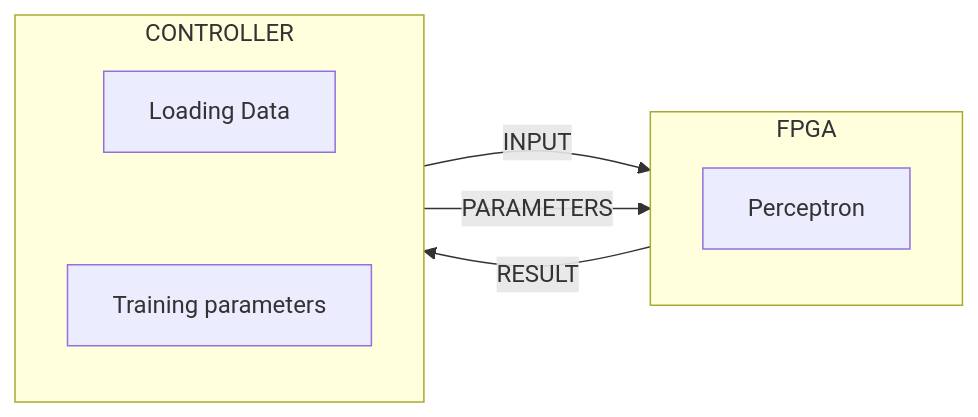
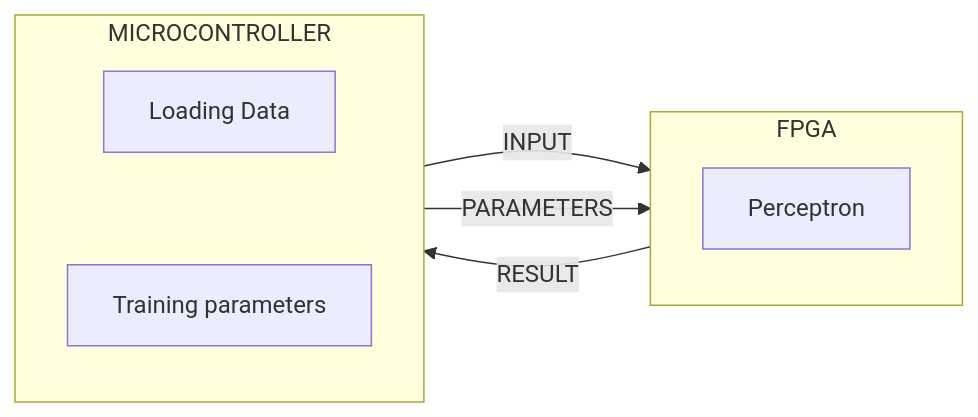
The diagram in README.md (Daniel300v/FPGA-perceptron), drawn with Mermaid before and after one commit. The commit also changed other lines of this file, not shown here.

````diff
--- a/README.md
+++ b/README.md
@@ -12,22 +5,22 @@
 ```mermaid                       
  flowchart LR
 
     
 
     subgraph B["FPGA"]
         direction TB
         B1["Perceptron"]
     end
 
-    subgraph A["CONTROLLER"]
+    subgraph A["MICROCONTROLLER"]
         direction TB
         A1["Loading Data"]
         A2["Training parameters"]
 
         A1 ~~~ A2
     end
 
     A1 -->|"INPUT"| B1
     A1 -->|"PARAMETERS"| B1
     B1 -->|"RESULT"| A1
 ```
````
